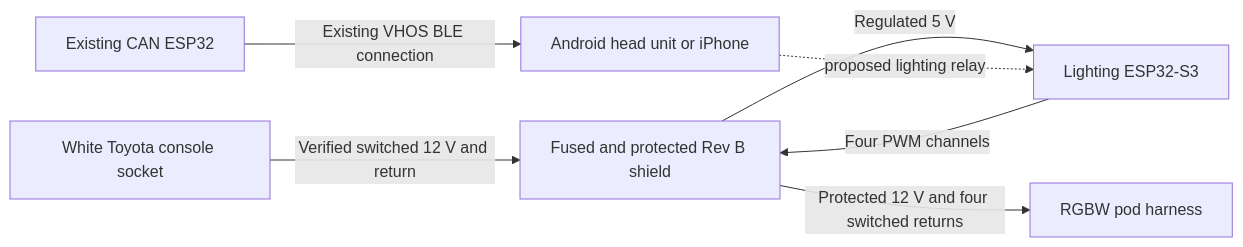
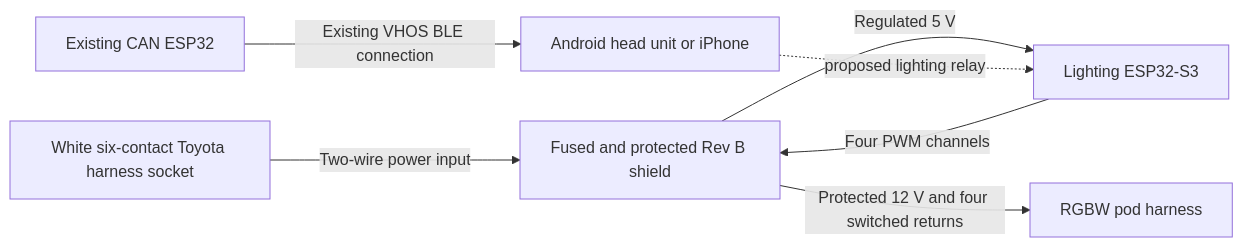
One commit to IsaiahDupree/4runner-vehicle-health-os changed the diagram in hardware/console-led-node-v0.1/pcb-rgbw-revb/TOYOTA-POWER-BUILD.md. Above: the diagram before and after it, drawn with Mermaid. The commit also changed other lines of this file and 4 other files, not shown here.

Commit message:
Identify the white Toyota harness plug as the sole power source

````diff
--- a/hardware/console-led-node-v0.1/pcb-rgbw-revb/TOYOTA-POWER-BUILD.md
+++ b/hardware/console-led-node-v0.1/pcb-rgbw-revb/TOYOTA-POWER-BUILD.md
@@ -9,9 +10,9 @@
 ```mermaid
 flowchart LR
-  T[White Toyota console socket] -->|Verified switched 12 V and return| P[Fused and protected Rev B shield]
+  T[White six-contact Toyota harness socket] -->|Two-wire power input| P[Fused and protected Rev B shield]
   P -->|Regulated 5 V| S[Lighting ESP32-S3]
   S -->|Four PWM channels| P
   P -->|Protected 12 V and four switched returns| L[RGBW pod harness]
   G[Existing CAN ESP32] -->|Existing VHOS BLE connection| A[Android head unit or iPhone]
   A -. proposed lighting relay .-> S
 ```
````
